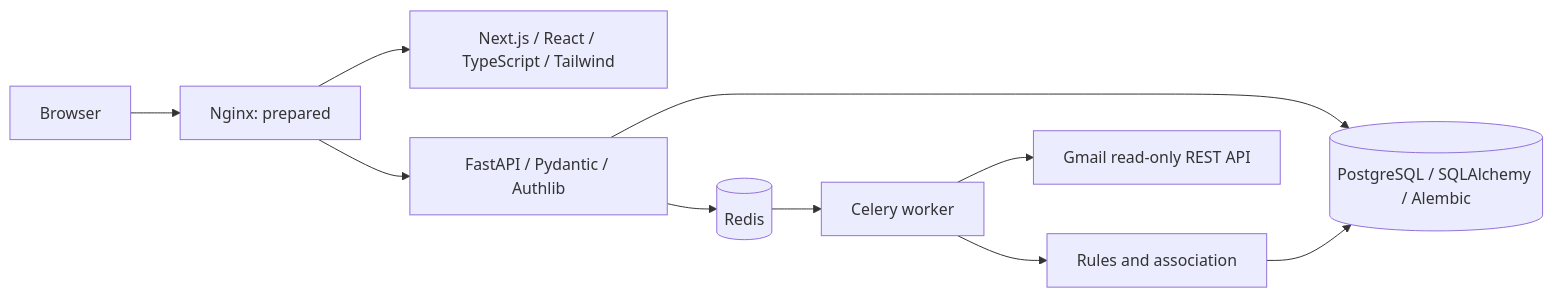
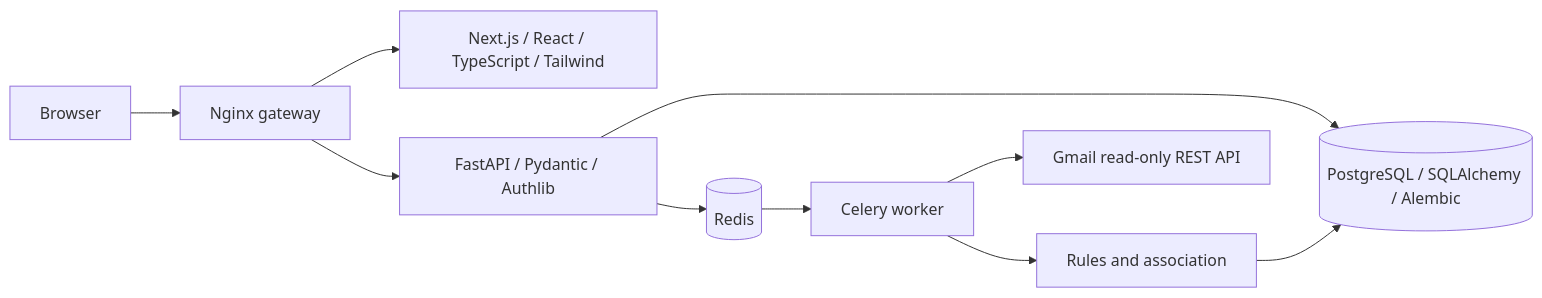
One commit to RithvikReddySiddenki/FlowState changed the first of 5 diagrams in README.md. Above: the diagram before and after it, drawn with Mermaid. The commit also changed other lines of this file and 7 other files, not shown here.

````diff
--- a/README.md
+++ b/README.md
@@ -34,12 +35,12 @@
 ```mermaid
 flowchart LR
-  Browser --> Proxy[Nginx: prepared]
+  Browser --> Proxy[Nginx gateway]
   Proxy --> Web[Next.js / React / TypeScript / Tailwind]
   Proxy --> API[FastAPI / Pydantic / Authlib]
   API --> DB[(PostgreSQL / SQLAlchemy / Alembic)]
   API --> Broker[(Redis)]
   Broker --> Worker[Celery worker]
   Worker --> Gmail[Gmail read-only REST API]
   Worker --> Rules[Rules and association]
   Rules --> DB
 ```
````
